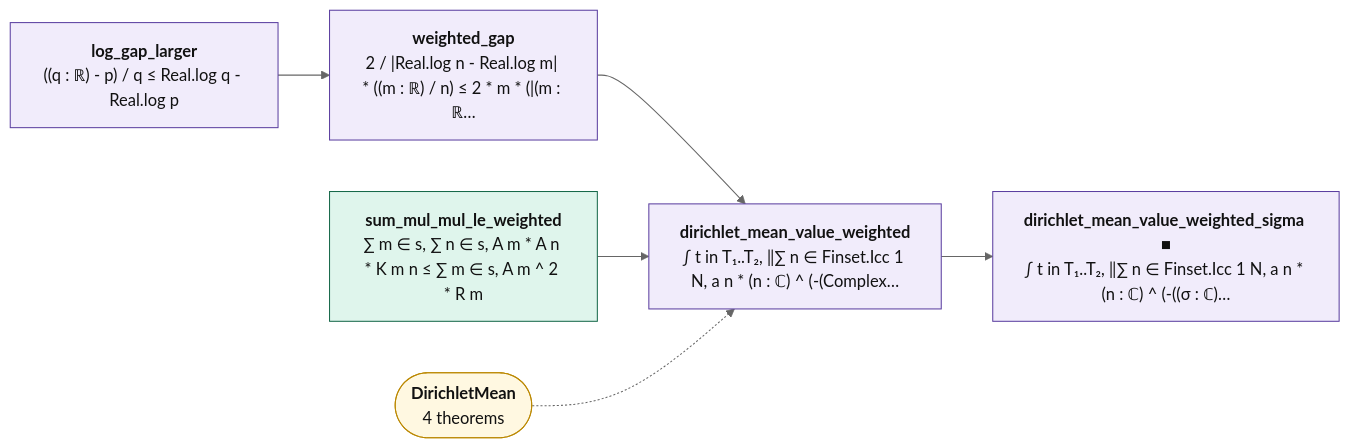
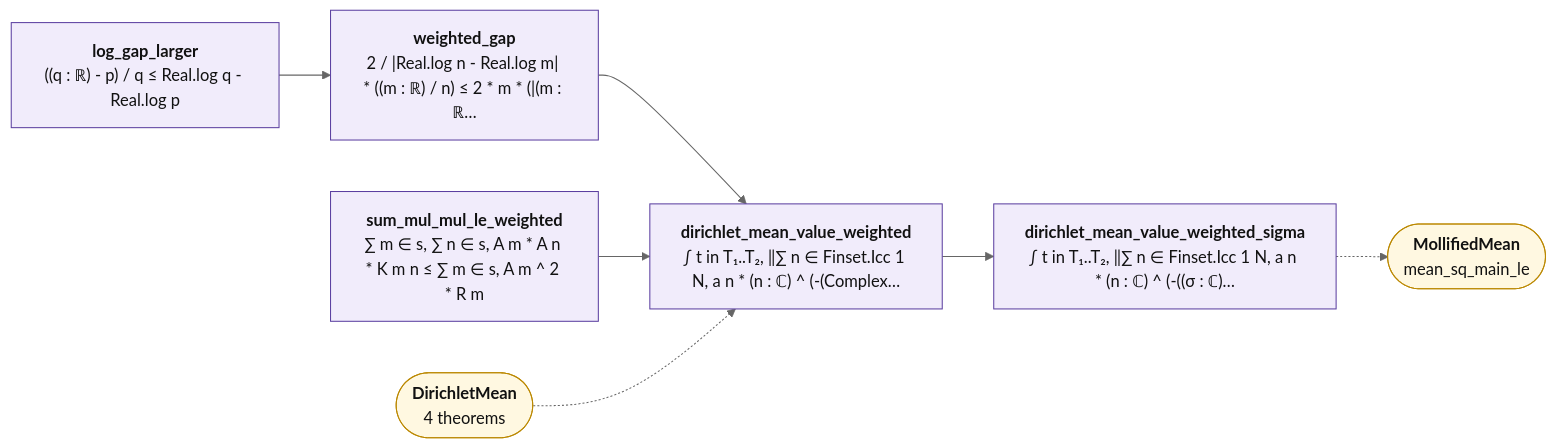
Before and after one commit to juliansambranojr/Primebeat_081426: the diagram in map/lean_stage3/DirichletMeanW.mmd, drawn with Mermaid (neutral theme). The commit also changed 33 other files, not shown here.

```diff
--- a/map/lean_stage3/DirichletMeanW.mmd
+++ b/map/lean_stage3/DirichletMeanW.mmd
@@ -1,20 +1,22 @@
 flowchart LR
   n0["<b>log_gap_larger</b><br/>((q : ℝ) - p) / q ≤ Real.log q - Real.log p"]:::shp
   n1["<b>weighted_gap</b><br/>2 / |Real.log n - Real.log m| * ((m : ℝ) / n) ≤ 2 * m * (|(m : ℝ…"]:::shp
-  n2["<b>sum_mul_mul_le_weighted</b><br/>∑ m ∈ s, ∑ n ∈ s, A m * A n * K m n ≤ ∑ m ∈ s, A m ^ 2 * R m"]:::cnt
+  n2["<b>sum_mul_mul_le_weighted</b><br/>∑ m ∈ s, ∑ n ∈ s, A m * A n * K m n ≤ ∑ m ∈ s, A m ^ 2 * R m"]:::shp
   n3["<b>dirichlet_mean_value_weighted</b><br/>∫ t in T₁..T₂, ‖∑ n ∈ Finset.Icc 1 N, a n * (n : ℂ) ^ (-(Complex…"]:::shp
-  n4["<b>dirichlet_mean_value_weighted_sigma ■</b><br/>∫ t in T₁..T₂, ‖∑ n ∈ Finset.Icc 1 N, a n * (n : ℂ) ^ (-((σ : ℂ)…"]:::shp
+  n4["<b>dirichlet_mean_value_weighted_sigma</b><br/>∫ t in T₁..T₂, ‖∑ n ∈ Finset.Icc 1 N, a n * (n : ℂ) ^ (-((σ : ℂ)…"]:::shp
   x0(["<b>DirichletMean</b><br/>4 theorems"]):::ext
+  x1(["<b>MollifiedMean</b><br/>mean_sq_main_le"]):::ext
   n0 --> n1
   n1 --> n3
   n2 --> n3
   n3 --> n4
+  n4 -.-> x1
   x0 -.-> n3
   classDef cnt fill:#dff5ec,stroke:#17694a,color:#111
   classDef shp fill:#f1ecfb,stroke:#5b3fa0,color:#111
   classDef rh fill:#ffe5e5,stroke:#c22,color:#111,stroke-width:2px
   classDef thm fill:#eef4ff,stroke:#335,color:#111
   classDef end_ fill:#e7f7e7,stroke:#2a7,color:#111,stroke-width:2px
   classDef lone fill:#fff,stroke:#999,color:#111,stroke-dasharray:4 3
   classDef bad fill:#ffe5e5,stroke:#c22,color:#111,stroke-width:2px
   classDef ext fill:#fff8e1,stroke:#b80,color:#111
```
